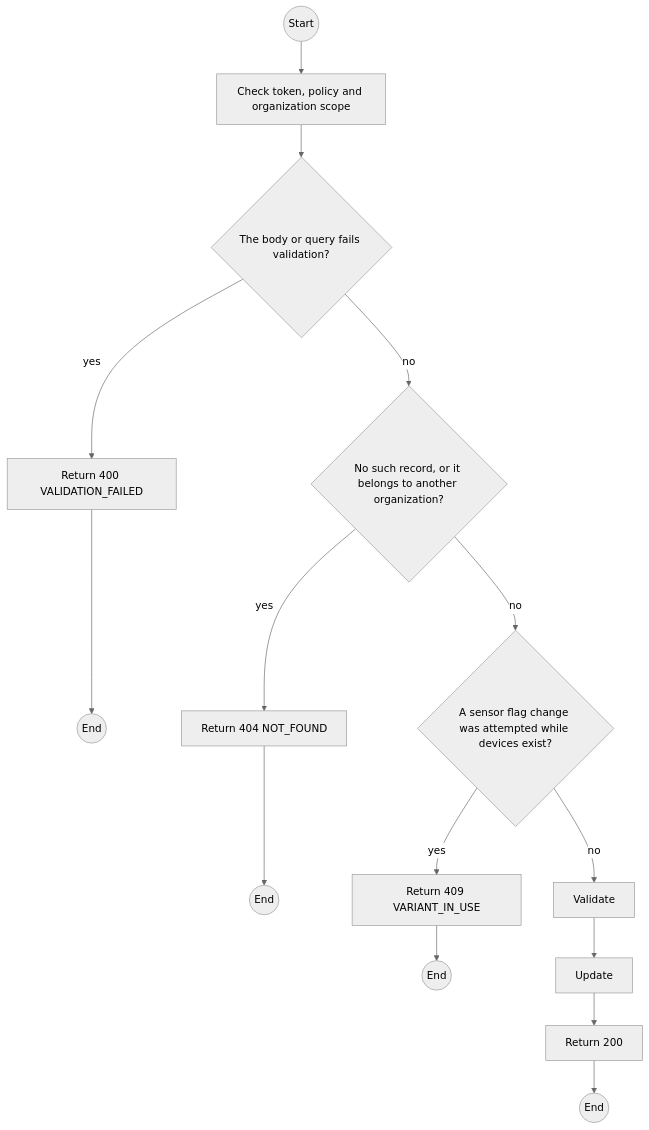
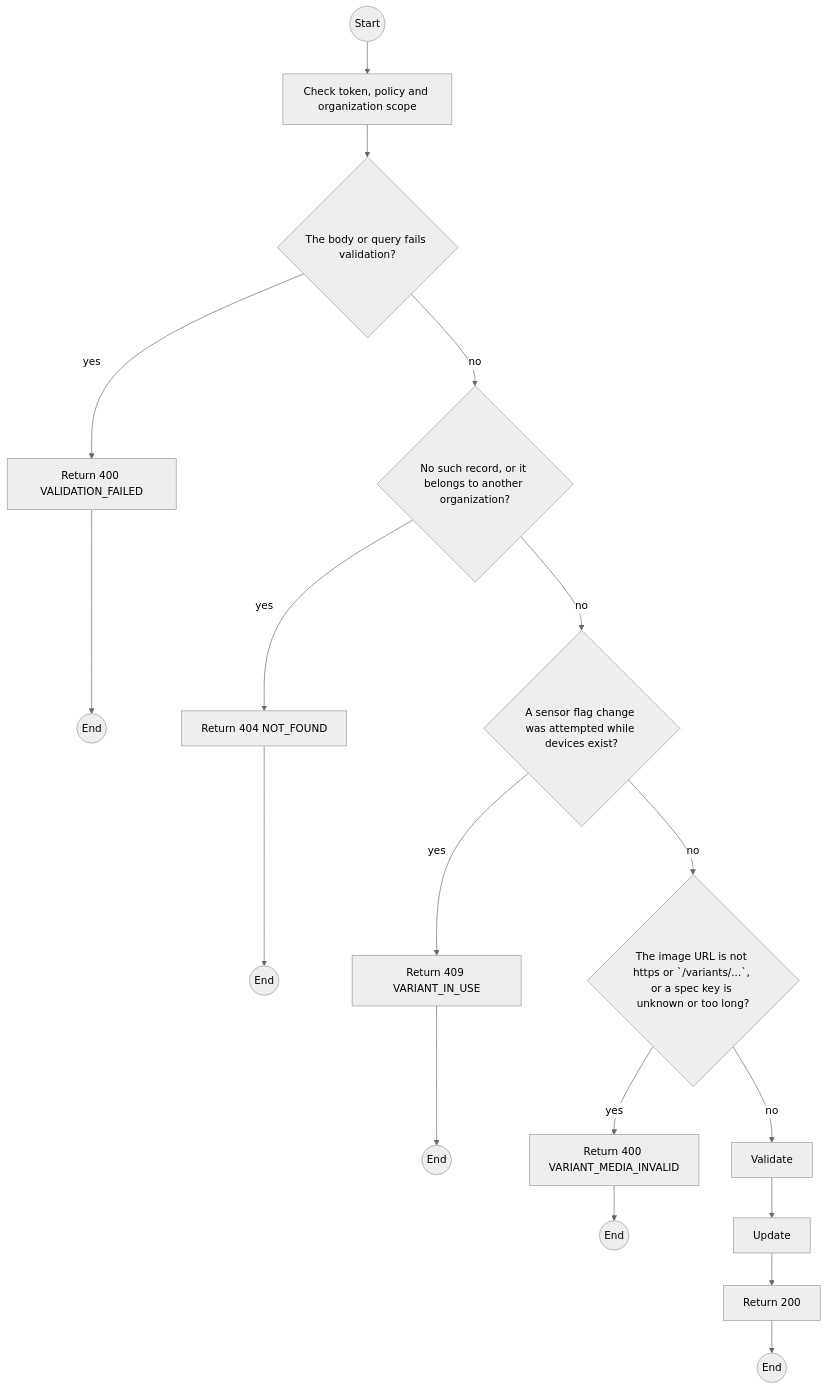
Before and after one commit to TrekLink-Team/treklink-web: the first of 2 diagrams in specs/devices/api-design/03-patch-hardware-variants-id.md, drawn with Mermaid (neutral theme). The commit also changed other lines of this file and 7 other files, not shown here.

First line of the commit message:
docs(devices): specify the variant image and spec sheet (gap G1)

````diff
--- a/specs/devices/api-design/03-patch-hardware-variants-id.md
+++ b/specs/devices/api-design/03-patch-hardware-variants-id.md
@@ -182,28 +207,33 @@
 ```mermaid
 flowchart TB
     S((Start))
     A0["Check token, policy and organization scope"]
     S --> A0
     D1{"The body or query fails validation?"}
     A0 --> D1
     E1["Return 400 VALIDATION_FAILED"]
     D1 -->|yes| E1
     E1 --> X1((End))
     D2{"No such record, or it belongs to another organization?"}
     D1 -->|no| D2
     E2["Return 404 NOT_FOUND"]
     D2 -->|yes| E2
     E2 --> X2((End))
     D3{"A sensor flag change was attempted while devices exist?"}
     D2 -->|no| D3
     E3["Return 409 VARIANT_IN_USE"]
     D3 -->|yes| E3
     E3 --> X3((End))
+    D4{"The image URL is not https or `/variants/...`, or a spec key is unknown or too long?"}
+    D3 -->|no| D4
+    E4["Return 400 VARIANT_MEDIA_INVALID"]
+    D4 -->|yes| E4
+    E4 --> X4((End))
     P0["Validate"]
-    D3 -->|no| P0
+    D4 -->|no| P0
     P1["Update"]
     P0 --> P1
     OK["Return 200"]
     P1 --> OK
     OK --> Z((End))
 ```
````
